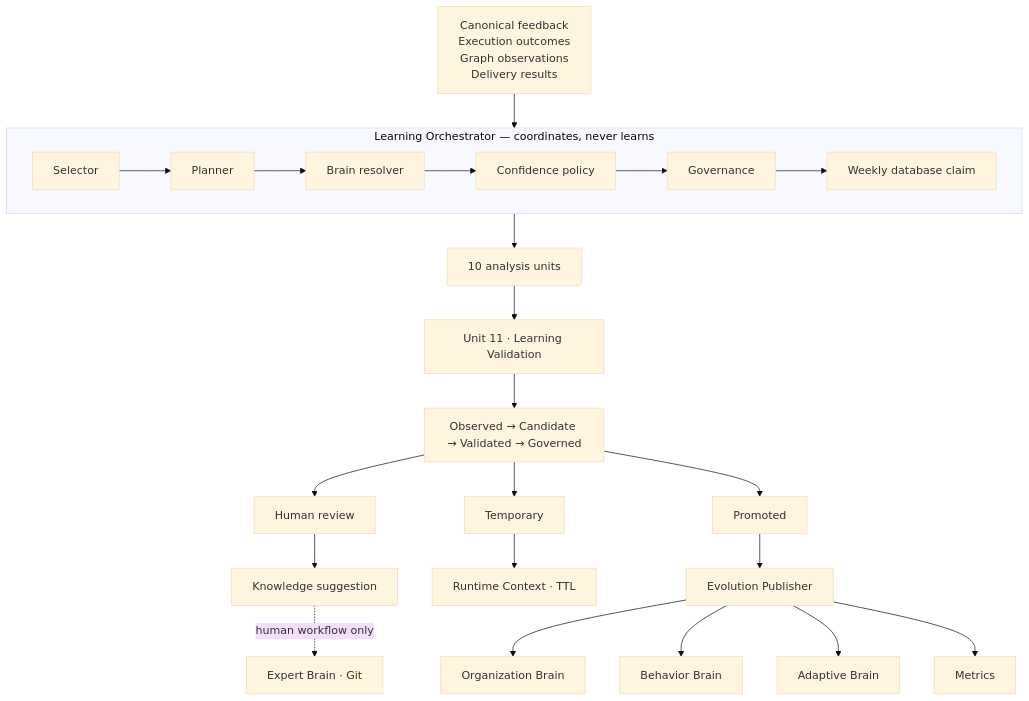
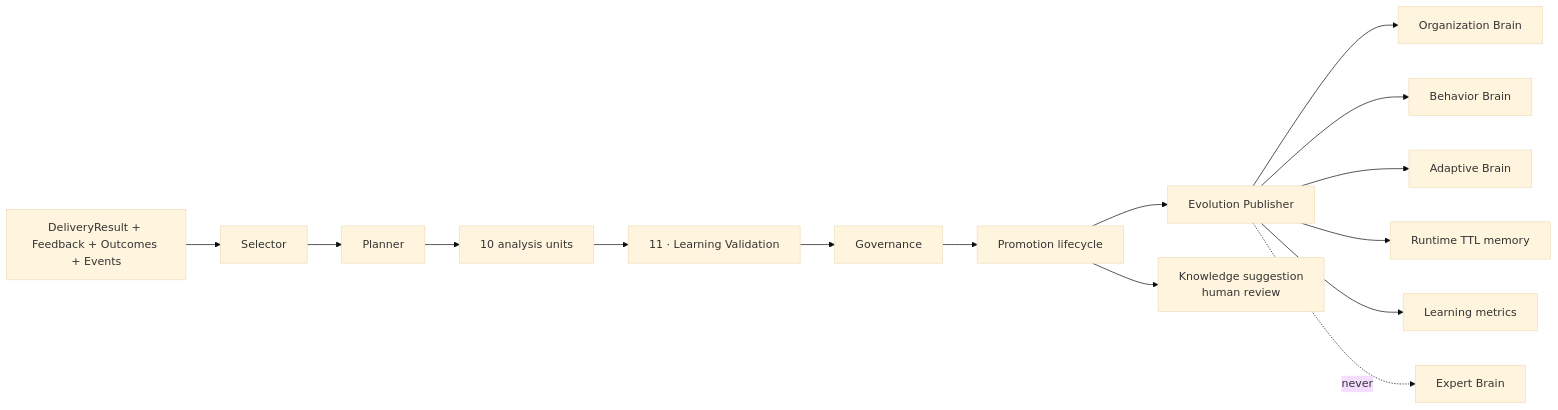
Before and after one commit to themoronss/genios-brain: the diagram in System Design/Layer-7-Learning-Engine/00-Overview.md, drawn with Mermaid (base theme). The commit also changed other lines of this file and 384 other files, not shown here.

````diff
--- a/System Design/Layer-7-Learning-Engine/00-Overview.md
+++ b/System Design/Layer-7-Learning-Engine/00-Overview.md
@@ -26,28 +8,17 @@
 ```mermaid
-flowchart TD
-    IN["Canonical feedback<br/>Execution outcomes<br/>Graph observations<br/>Delivery results"] --> O
-
-    subgraph O["Learning Orchestrator — coordinates, never learns"]
-      S[Selector] --> P[Planner]
-      P --> R[Brain resolver]
-      R --> C[Confidence policy]
-      C --> G[Governance]
-      G --> SCH[Weekly database claim]
-    end
-
-    O --> U["10 analysis units"]
-    U --> V["Unit 11 · Learning Validation"]
-    V --> LIFE["Observed → Candidate → Validated → Governed"]
-    LIFE --> TMP[Temporary]
-    LIFE --> HR[Human review]
-    LIFE --> PRO[Promoted]
-    PRO --> PUB[Evolution Publisher]
-
-    PUB --> OB[Organization Brain]
-    PUB --> BB[Behavior Brain]
-    PUB --> AB[Adaptive Brain]
-    TMP --> RT[Runtime Context · TTL]
-    PUB --> MET[Metrics]
-    HR --> KS[Knowledge suggestion]
-    KS -. "human workflow only" .-> EB["Expert Brain · Git"]
+flowchart LR
+    I["DeliveryResult + Feedback + Outcomes + Events"] --> S["Selector"]
+    S --> P["Planner"]
+    P --> U["10 analysis units"]
+    U --> V["11 · Learning Validation"]
+    V --> G["Governance"]
+    G --> LC["Promotion lifecycle"]
+    LC --> PUB["Evolution Publisher"]
+    PUB --> O["Organization Brain"]
+    PUB --> B["Behavior Brain"]
+    PUB --> A["Adaptive Brain"]
+    PUB --> R["Runtime TTL memory"]
+    PUB --> M["Learning metrics"]
+    LC --> K["Knowledge suggestion<br/>human review"]
+    PUB -. "never" .-> E["Expert Brain"]
 ```
````
